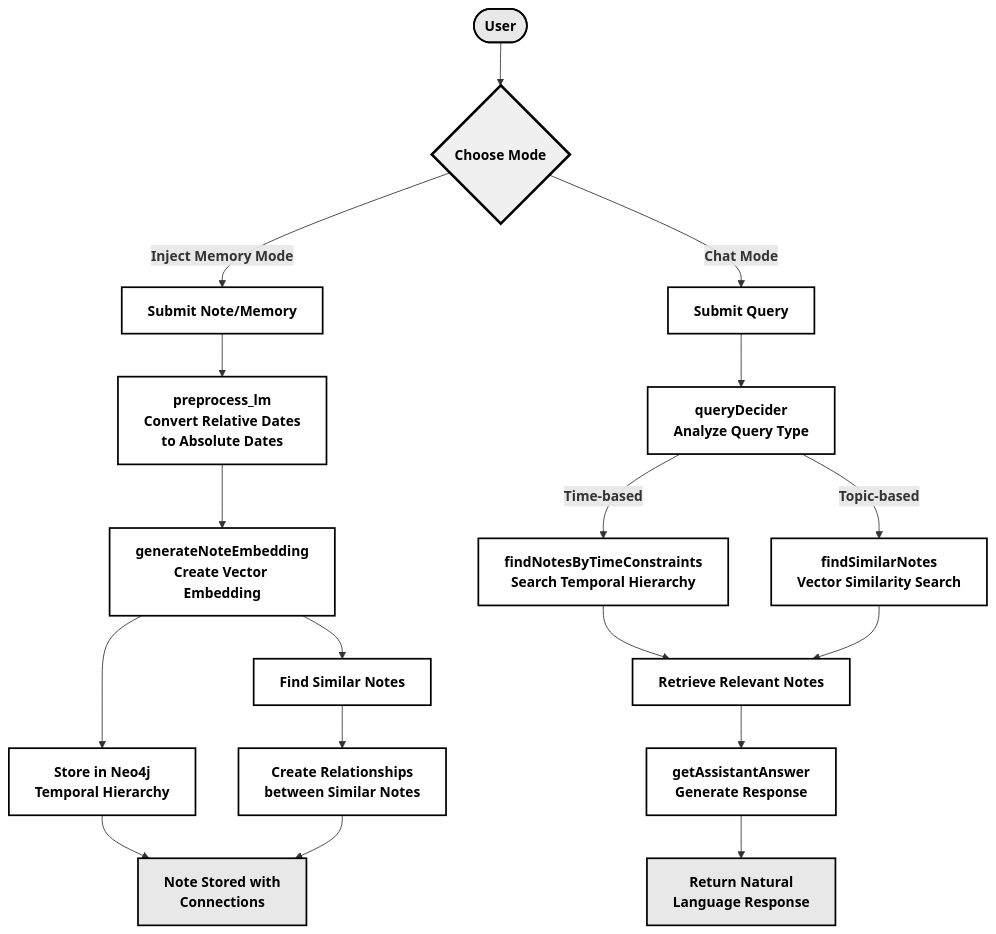
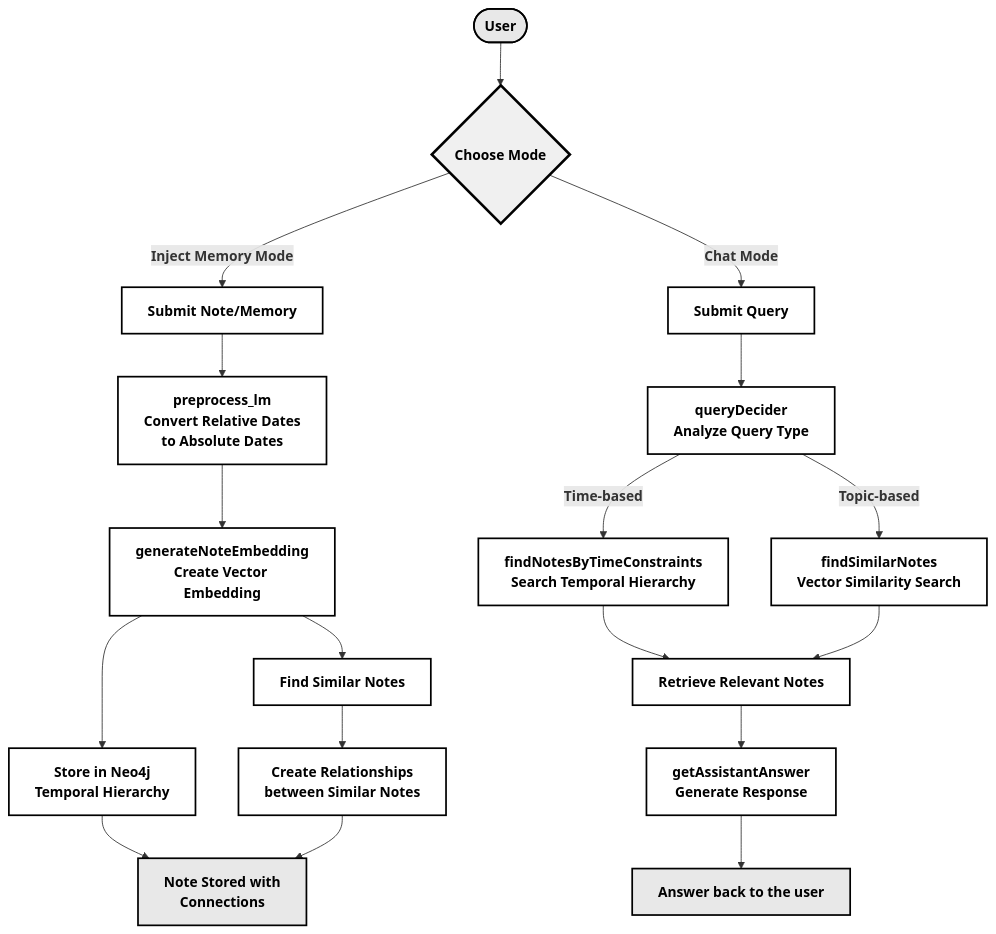
One commit to Yub-S/MindbookLM changed the diagram in MindbookLM-backend/README.md. Above: the diagram before and after it, drawn with Mermaid. The commit also changed other lines of this file and 1 other file, not shown here.

````diff
--- a/MindbookLM-backend/README.md
+++ b/MindbookLM-backend/README.md
@@ -112,39 +112,39 @@
 ```mermaid
 flowchart TD
     %% Node definitions with HTML-style font weight
     User([<b>User</b>]) --> Choice{<b>Choose Mode</b>}
     
     %% Inject Memory Mode
     Choice -->|<b>Inject Memory Mode</b>| SubmitNote[<b>Submit Note/Memory</b>]
     SubmitNote --> Preprocess[<b>preprocess_lm</b><br/><b>Convert Relative Dates</b><br/><b>to Absolute Dates</b>]
     Preprocess --> GenerateEmbed[<b>generateNoteEmbedding</b><br/><b>Create Vector Embedding</b>]
     
     GenerateEmbed --> Store[<b>Store in Neo4j</b><br/><b>Temporal Hierarchy</b>]
     GenerateEmbed --> FindSimilar[<b>Find Similar Notes</b>]
     FindSimilar --> CreateLinks[<b>Create Relationships</b><br/><b>between Similar Notes</b>]
     
     Store --> Complete1[<b>Note Stored with</b><br/><b>Connections</b>]
     CreateLinks --> Complete1
     
     %% Chat Mode
     Choice -->|<b>Chat Mode</b>| Query[<b>Submit Query</b>]
     Query --> Decider[<b>queryDecider</b><br/><b>Analyze Query Type</b>]
     
     Decider -->|<b>Time-based</b>| TimeSearch[<b>findNotesByTimeConstraints</b><br/><b>Search Temporal Hierarchy</b>]
     Decider -->|<b>Topic-based</b>| SimilaritySearch[<b>findSimilarNotes</b><br/><b>Vector Similarity Search</b>]
     
     TimeSearch --> Retrieve[<b>Retrieve Relevant Notes</b>]
     SimilaritySearch --> Retrieve
     
     Retrieve --> Assistant[<b>getAssistantAnswer</b><br/><b>Generate Response</b>]
-    Assistant --> Response[<b>Return Natural</b><br/><b>Language Response</b>]
+    Assistant --> Response[<b>Answer back to the user</b>]
     
     %% Enhanced styling with darker colors and thicker borders
     classDef default fill:#ffffff,stroke:#000000,stroke-width:2px,color:#000000
     classDef decision fill:#f0f0f0,stroke:#000000,stroke-width:3px,color:#000000
     classDef endpoint fill:#e8e8e8,stroke:#000000,stroke-width:2px,color:#000000
     
     class SubmitNote,Preprocess,GenerateEmbed,Store,FindSimilar,CreateLinks,Query,Decider,TimeSearch,SimilaritySearch,Retrieve,Assistant default
     class Choice decision
     class User,Complete1,Response endpoint
 ```
````
